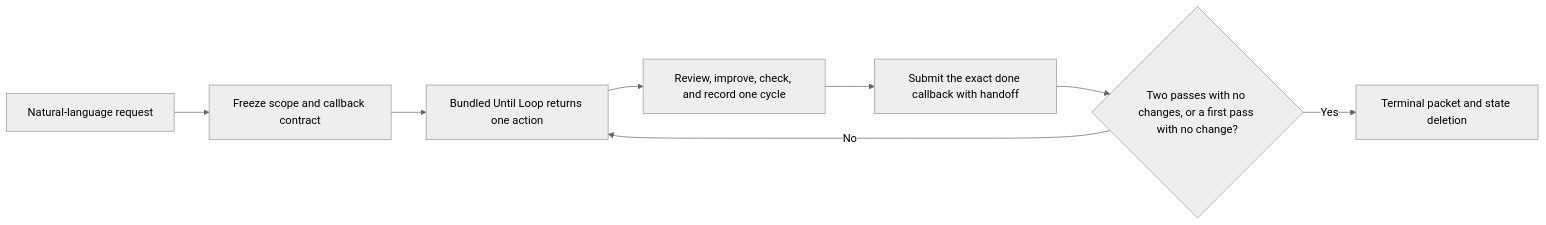
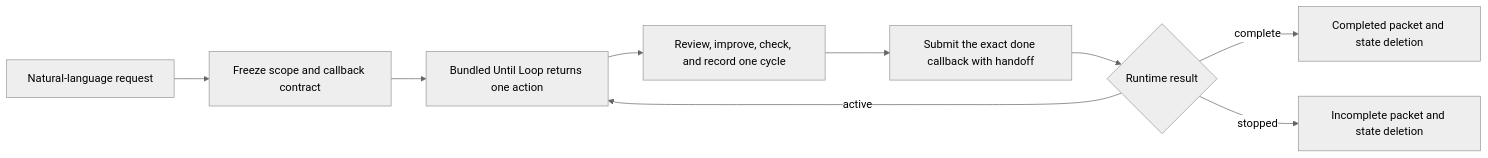
Before and after one commit to whichguy/skill-craft: the diagram in skills/improve/README.md, drawn with Mermaid (neutral theme). The commit also changed other lines of this file and 9 other files, not shown here.

```diff
--- a/skills/improve/README.md
+++ b/skills/improve/README.md
@@ -3,10 +3,11 @@
 ~~~mermaid
 flowchart LR
     Request[Natural-language request] --> Contract[Freeze scope and callback contract]
     Contract --> Packet[Bundled Until Loop returns one action]
     Packet --> Cycle[Review, improve, check, and record one cycle]
     Cycle --> Report[Submit the exact done callback with handoff]
-    Report --> Gate{Two passes with no changes, or a first pass with no change?}
-    Gate -->|No| Packet
-    Gate -->|Yes| Terminal[Terminal packet and state deletion]
+    Report --> Gate{Runtime result}
+    Gate -->|active| Packet
+    Gate -->|complete| Terminal[Completed packet and state deletion]
+    Gate -->|stopped| Stopped[Incomplete packet and state deletion]
 ~~~
```
